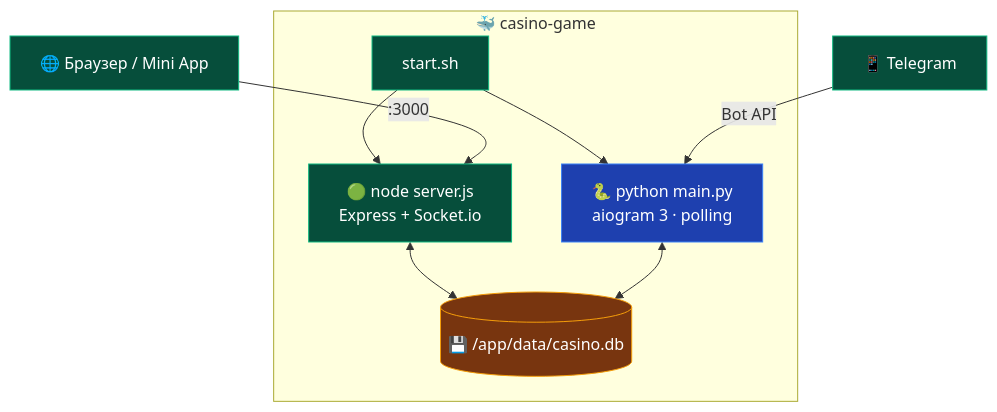
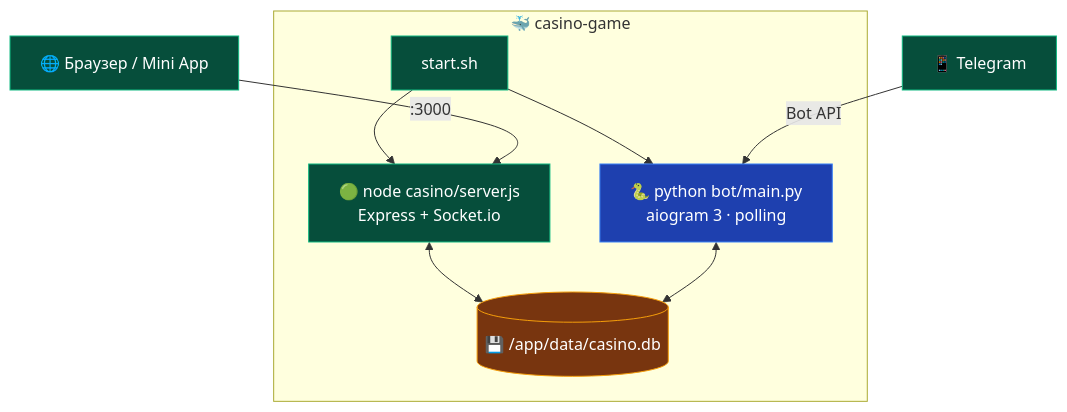
Before and after one commit to JamikKhidirov/CasinoGame: the diagram in DEPLOY.md, drawn with Mermaid. The commit also changed other lines of this file and 41 other files, not shown here.

First line of the commit message:
refactor: структура проекта по папкам (bot, casino, configs, data, tests)

````diff
--- a/DEPLOY.md
+++ b/DEPLOY.md
@@ -72,22 +72,22 @@
 ```mermaid
 flowchart TB
     subgraph C["🐳 casino-game"]
         SH["start.sh"]
-        N["🟢 node server.js<br/>Express + Socket.io"]
-        P["🐍 python main.py<br/>aiogram 3 · polling"]
+        N["🟢 node casino/server.js<br/>Express + Socket.io"]
+        P["🐍 python bot/main.py<br/>aiogram 3 · polling"]
         DB[("💾 /app/data/casino.db")]
         SH --> N
         SH --> P
         N <--> DB
         P <--> DB
     end
     WEB["🌐 Браузер / Mini App"] -->|:3000| N
     TG["📱 Telegram"] -->|Bot API| P
 
     classDef node fill:#064e3b,stroke:#10b981,color:#fff
     classDef py fill:#1e40af,stroke:#3b82f6,color:#fff
     classDef db fill:#78350f,stroke:#f59e0b,color:#fff
     class N node
     class P py
     class DB db
 ```
````
